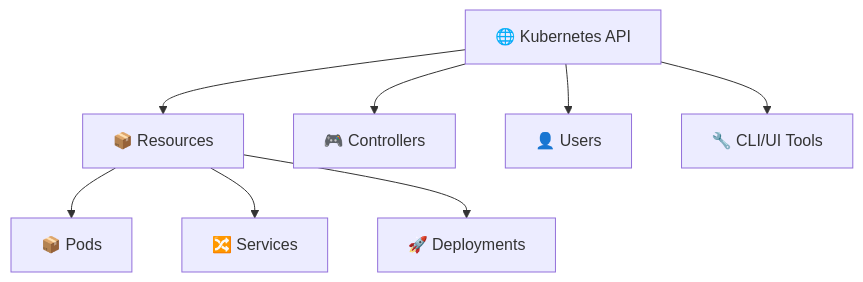
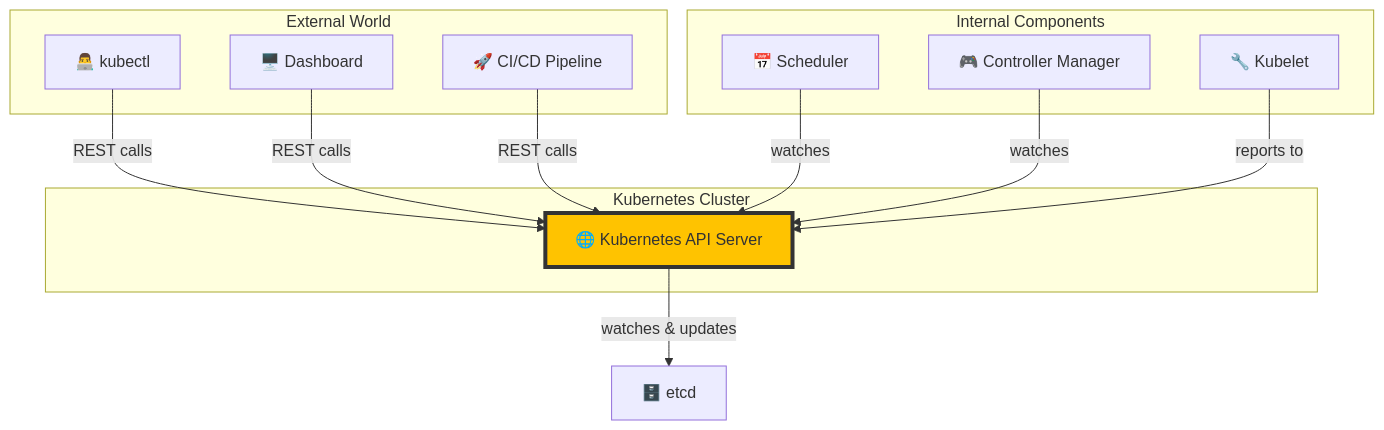
One commit to satishkumar-dhule/EA-SRE-prep changed the fifth of 50 diagrams in Kubernetes_Visual_Interview_Prep.md. Above: the diagram before and after it, drawn with Mermaid. The commit also changed other lines of this file and 5 other files, not shown here.

````diff
--- a/Kubernetes_Visual_Interview_Prep.md
+++ b/Kubernetes_Visual_Interview_Prep.md
@@ -92,11 +174,30 @@
 ```mermaid
 graph TD
-    API[🌐 Kubernetes API] --> Resources[📦 Resource Objects]
-    API --> Controllers[🎮 Controllers]
-    API --> Users[👤 Users]
-    API --> Tools[🔧 CLI/UI Tools]
-    
-    Resources[📦 Resources] --> Pods[📦 Pods]
-    Resources --> Services[🔀 Services]
-    Resources --> Deployments[🚀 Deployments]
+    subgraph "External World"
+        CLI[👨‍💻 kubectl]
+        UI[🖥️ Dashboard]
+        CI_CD[🚀 CI/CD Pipeline]
+    end
+
+    subgraph "Kubernetes Cluster"
+        API[🌐 Kubernetes API Server]
+    end
+
+    subgraph "Internal Components"
+        Scheduler[📅 Scheduler]
+        Controller[🎮 Controller Manager]
+        Kubelet[🔧 Kubelet]
+    end
+
+    CLI -- REST calls --> API
+    UI -- REST calls --> API
+    CI_CD -- REST calls --> API
+
+    API -- watches & updates --> ETCD[🗄️ etcd]
+
+    Scheduler -- watches --> API
+    Controller -- watches --> API
+    Kubelet -- reports to --> API
+
+    style API fill:#FFC300, stroke:#333, stroke-width:4px
 ```
````
